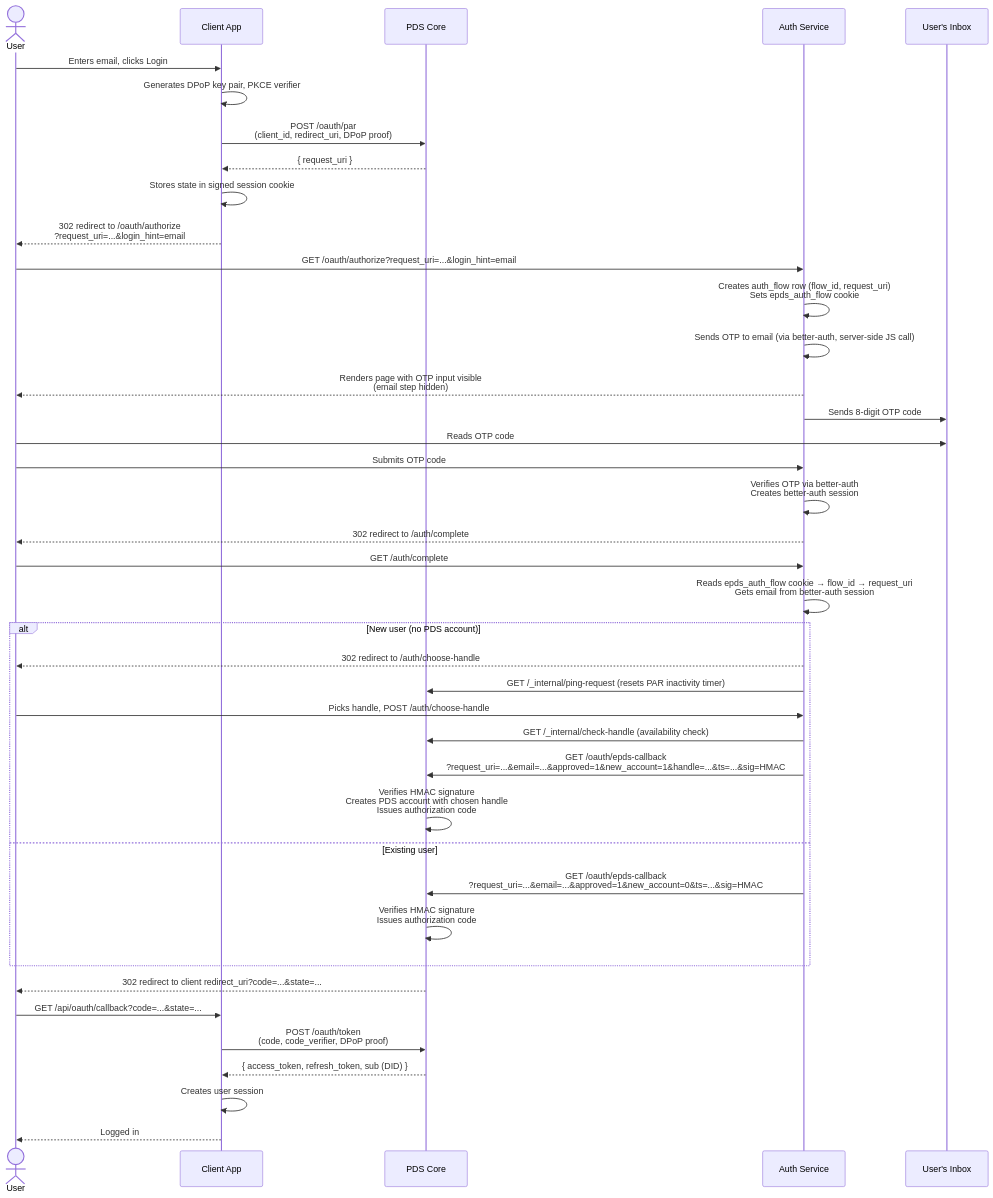
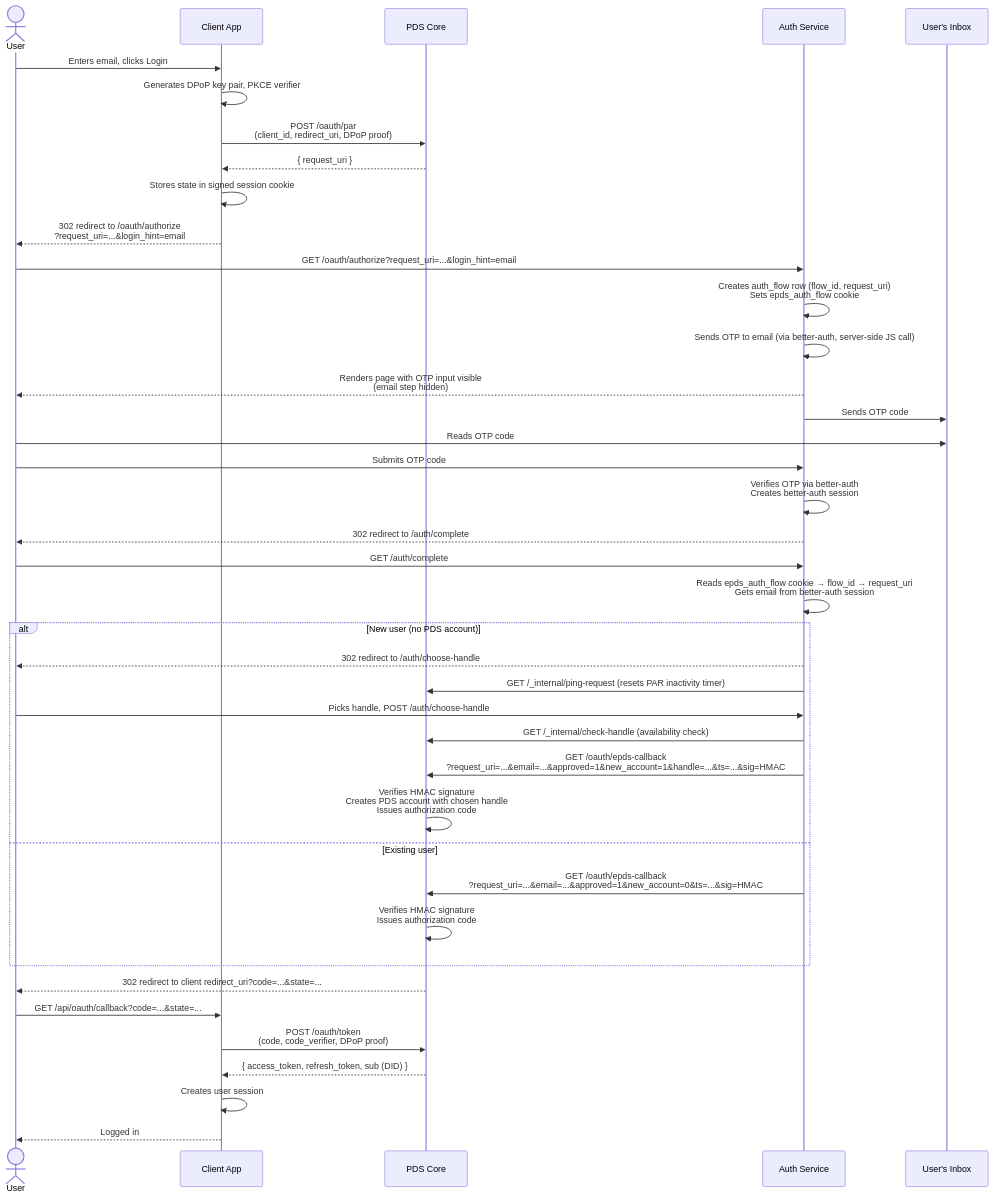
Before and after one commit to attpslabs/ePDS: the first of 2 diagrams in docs/tutorial.md, drawn with Mermaid. The commit also changed other lines of this file and 2 other files, not shown here.

````diff
--- a/docs/tutorial.md
+++ b/docs/tutorial.md
@@ -67,49 +67,49 @@
 ```mermaid
 sequenceDiagram
     actor User
     participant App as Client App
     participant PDS as PDS Core
     participant Auth as Auth Service
     participant Email as User's Inbox
 
     User->>App: Enters email, clicks Login
     App->>App: Generates DPoP key pair, PKCE verifier
     App->>PDS: POST /oauth/par<br/>(client_id, redirect_uri, DPoP proof)
     PDS-->>App: { request_uri }
     App->>App: Stores state in signed session cookie
     App-->>User: 302 redirect to /oauth/authorize<br/>?request_uri=...&login_hint=email
 
     User->>Auth: GET /oauth/authorize?request_uri=...&login_hint=email
     Auth->>Auth: Creates auth_flow row (flow_id, request_uri)<br/>Sets epds_auth_flow cookie
     Auth->>Auth: Sends OTP to email (via better-auth, server-side JS call)
     Auth-->>User: Renders page with OTP input visible<br/>(email step hidden)
-    Auth->>Email: Sends 8-digit OTP code
+    Auth->>Email: Sends OTP code
 
     User->>Email: Reads OTP code
     User->>Auth: Submits OTP code
     Auth->>Auth: Verifies OTP via better-auth<br/>Creates better-auth session
     Auth-->>User: 302 redirect to /auth/complete
 
     User->>Auth: GET /auth/complete
     Auth->>Auth: Reads epds_auth_flow cookie → flow_id → request_uri<br/>Gets email from better-auth session
 
     alt New user (no PDS account)
         Auth-->>User: 302 redirect to /auth/choose-handle
         Auth->>PDS: GET /_internal/ping-request (resets PAR inactivity timer)
         User->>Auth: Picks handle, POST /auth/choose-handle
         Auth->>PDS: GET /_internal/check-handle (availability check)
         Auth->>PDS: GET /oauth/epds-callback<br/>?request_uri=...&email=...&approved=1&new_account=1&handle=...&ts=...&sig=HMAC
         PDS->>PDS: Verifies HMAC signature<br/>Creates PDS account with chosen handle<br/>Issues authorization code
     else Existing user
         Auth->>PDS: GET /oauth/epds-callback<br/>?request_uri=...&email=...&approved=1&new_account=0&ts=...&sig=HMAC
         PDS->>PDS: Verifies HMAC signature<br/>Issues authorization code
     end
 
     PDS-->>User: 302 redirect to client redirect_uri?code=...&state=...
 
     User->>App: GET /api/oauth/callback?code=...&state=...
     App->>PDS: POST /oauth/token<br/>(code, code_verifier, DPoP proof)
     PDS-->>App: { access_token, refresh_token, sub (DID) }
     App->>App: Creates user session
     App-->>User: Logged in
 ```
````
